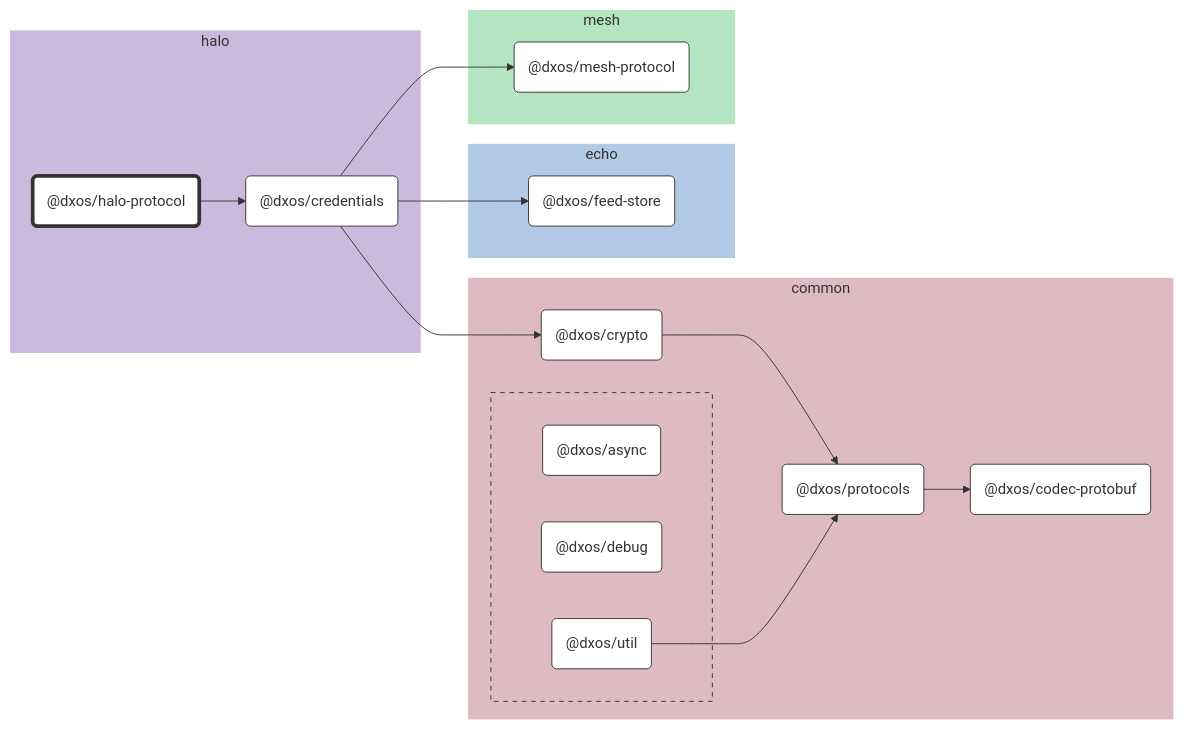
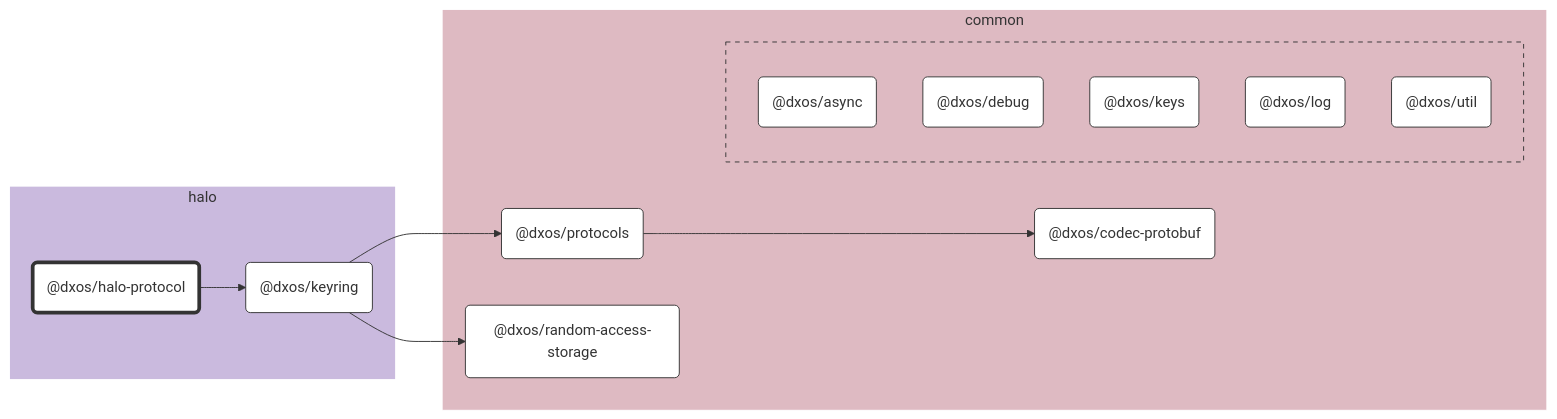
The diagram in packages/halo/halo-protocol/docs/README.md (dxos/dxos), drawn with Mermaid before and after one commit. The commit also changed other lines of this file and 52 other files, not shown here.

````diff
--- a/packages/halo/halo-protocol/docs/README.md
+++ b/packages/halo/halo-protocol/docs/README.md
@@ -7,61 +7,50 @@
 ```mermaid
 %%{ init: {'flowchart':{'curve':'basis'}} }%%
 
 flowchart LR
 
 %% Classes
 classDef def fill:#fff,stroke:#333,stroke-width:1px
 classDef root fill:#fff,stroke:#333,stroke-width:4px
 
 %% Nodes
 
 subgraph halo [halo]
   style halo fill:#cabade,stroke:#fff
   dxos/halo-protocol("@dxos/halo-protocol"):::root
   click dxos/halo-protocol "dxos/dxos/tree/main/packages/halo/halo-protocol/docs"
-  dxos/credentials("@dxos/credentials"):::def
-  click dxos/credentials "dxos/dxos/tree/main/packages/halo/credentials/docs"
+  dxos/keyring("@dxos/keyring"):::def
+  click dxos/keyring "dxos/dxos/tree/main/packages/halo/keyring/docs"
 end
 
 subgraph common [common]
   style common fill:#debac2,stroke:#fff
   dxos/codec-protobuf("@dxos/codec-protobuf"):::def
   click dxos/codec-protobuf "dxos/dxos/tree/main/packages/common/codec-protobuf/docs"
-  dxos/crypto("@dxos/crypto"):::def
-  click dxos/crypto "dxos/dxos/tree/main/packages/common/crypto/docs"
   dxos/protocols("@dxos/protocols"):::def
   click dxos/protocols "dxos/dxos/tree/main/packages/common/protocols/docs"
+  dxos/random-access-storage("@dxos/random-access-storage"):::def
+  click dxos/random-access-storage "dxos/dxos/tree/main/packages/common/random-access-storage/docs"
 
   subgraph common-excluded [ ]
     style common-excluded fill:#debac2,stroke:#333,stroke-dasharray:5 5
     dxos/async("@dxos/async"):::def
     click dxos/async "dxos/dxos/tree/main/packages/common/async/docs"
     dxos/debug("@dxos/debug"):::def
     click dxos/debug "dxos/dxos/tree/main/packages/common/debug/docs"
+    dxos/keys("@dxos/keys"):::def
+    click dxos/keys "dxos/dxos/tree/main/packages/common/keys/docs"
+    dxos/log("@dxos/log"):::def
+    click dxos/log "dxos/dxos/tree/main/packages/common/log/docs"
     dxos/util("@dxos/util"):::def
     click dxos/util "dxos/dxos/tree/main/packages/common/util/docs"
   end
 end
 
-subgraph echo [echo]
-  style echo fill:#b3cae6,stroke:#fff
-  dxos/feed-store("@dxos/feed-store"):::def
-  click dxos/feed-store "dxos/dxos/tree/main/packages/echo/feed-store/docs"
-end
-
-subgraph mesh [mesh]
-  style mesh fill:#b3e6c0,stroke:#fff
-  dxos/mesh-protocol("@dxos/mesh-protocol"):::def
-  click dxos/mesh-protocol "dxos/dxos/tree/main/packages/mesh/mesh-protocol/docs"
-end
-
 %% Links
 linkStyle default stroke:#333,stroke-width:1px
-dxos/halo-protocol --> dxos/credentials
-dxos/credentials --> dxos/crypto
-dxos/crypto --> dxos/protocols
+dxos/halo-protocol --> dxos/keyring
+dxos/keyring --> dxos/protocols
 dxos/protocols --> dxos/codec-protobuf
-dxos/credentials --> dxos/feed-store
-dxos/util --> dxos/protocols
-dxos/credentials --> dxos/mesh-protocol
+dxos/keyring --> dxos/random-access-storage
 ```
````
